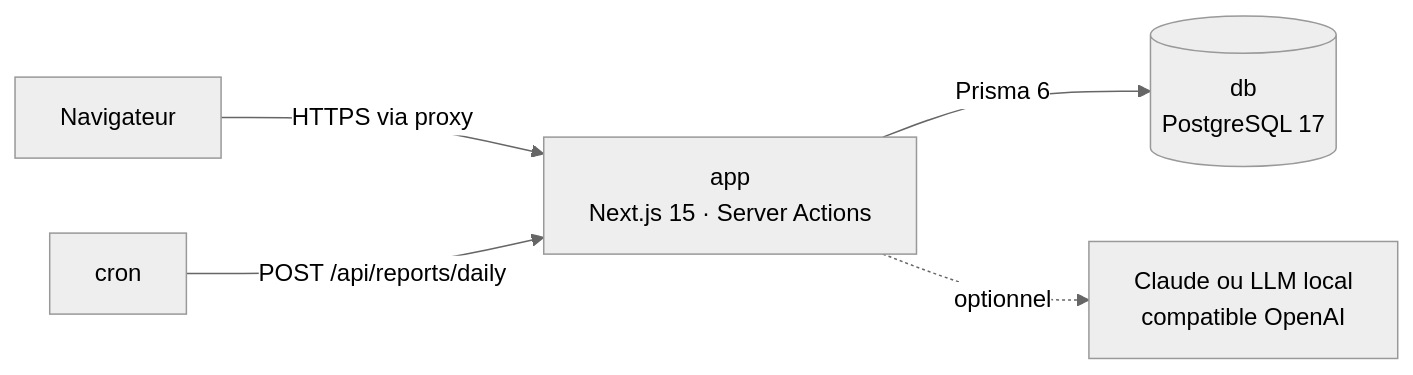
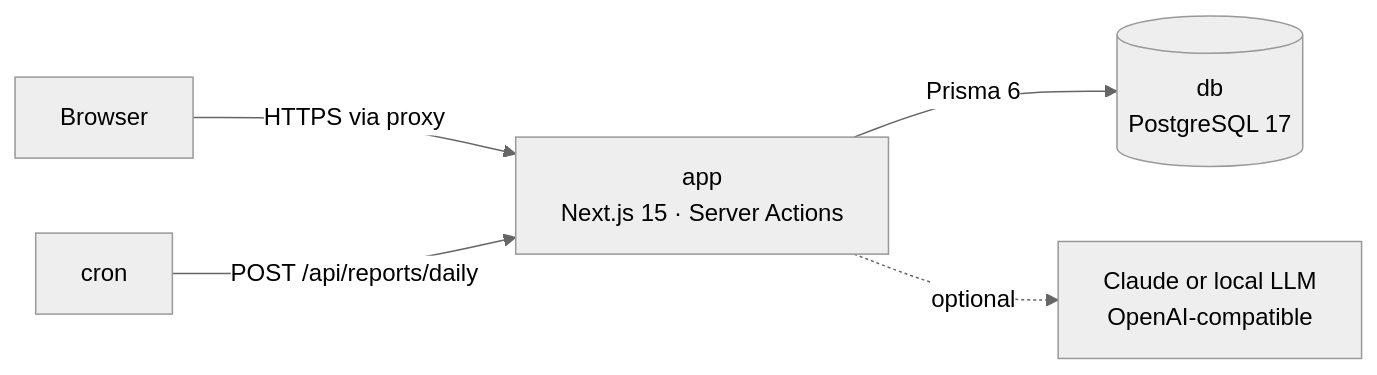
The diagram in README.md (okhachiai/foyra), drawn with Mermaid (neutral theme) before and after one commit. The commit also changed other lines of this file and 105 other files, not shown here.

````diff
--- a/README.md
+++ b/README.md
@@ -68,7 +68,7 @@
 ```mermaid
 flowchart LR
-    U[Navigateur] -- HTTPS via proxy --> A[app<br/>Next.js 15 · Server Actions]
+    U[Browser] -- HTTPS via proxy --> A[app<br/>Next.js 15 · Server Actions]
     A -- Prisma 6 --> D[(db<br/>PostgreSQL 17)]
     C[cron] -- POST /api/reports/daily --> A
-    A -. optionnel .-> L[Claude ou LLM local<br/>compatible OpenAI]
+    A -. optional .-> L[Claude or local LLM<br/>OpenAI-compatible]
 ```
````
